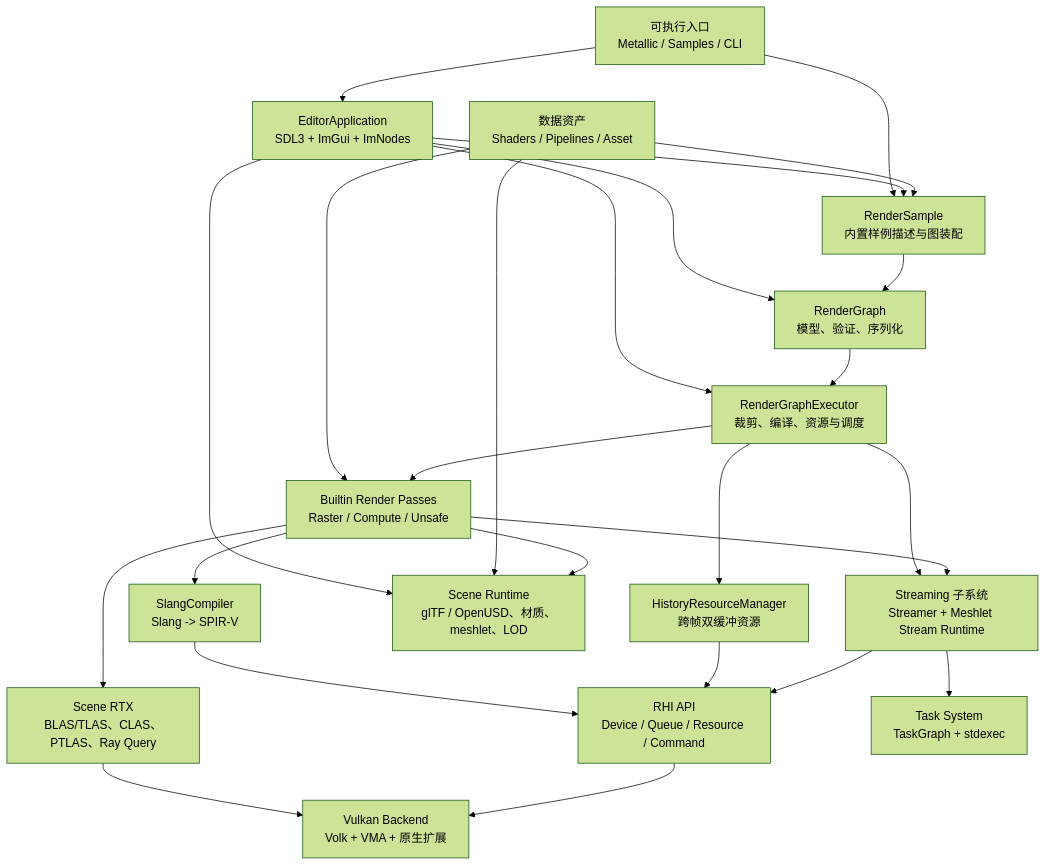
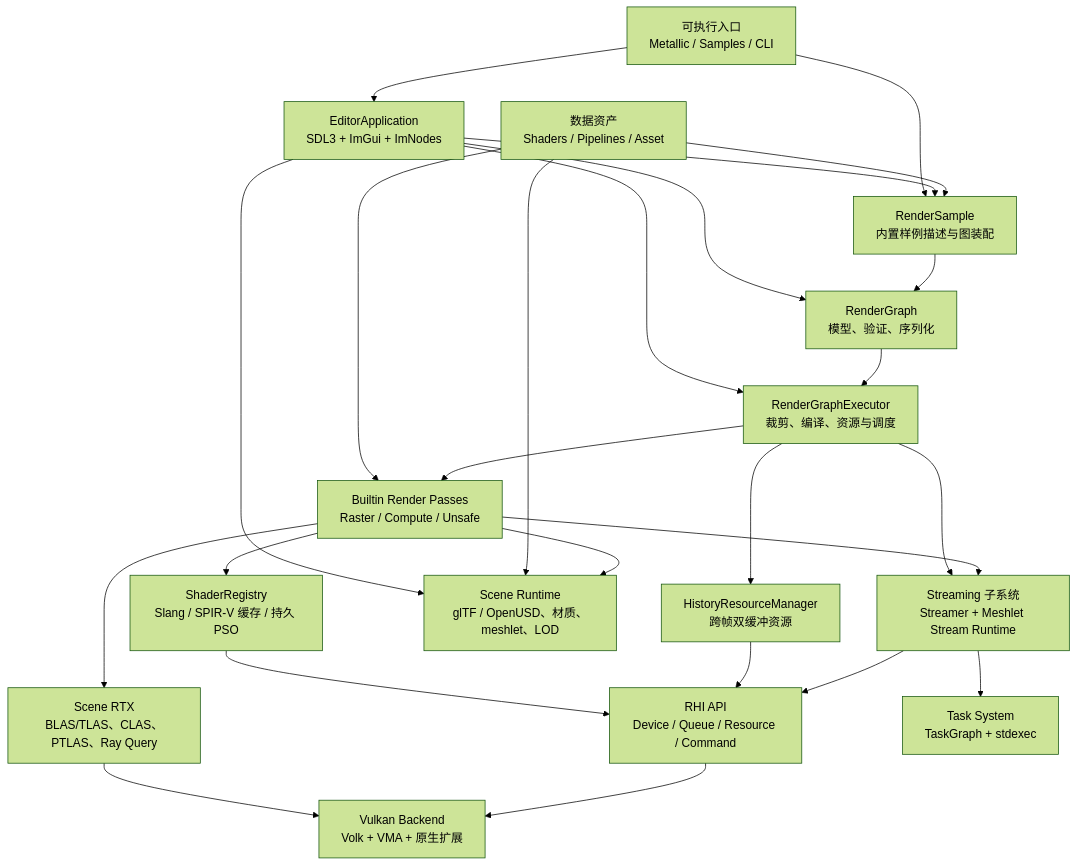
The first of 4 diagrams in Documentation/ProjectArchitecture.md (af8a2a/metallic), drawn with Mermaid (forest theme) before and after one commit. The commit also changed other lines of this file and 63 other files, not shown here.

Commit message:
Route shader and pipeline creation through ShaderRegistry

````diff
--- a/Documentation/ProjectArchitecture.md
+++ b/Documentation/ProjectArchitecture.md
@@ -25,43 +25,43 @@
 ```mermaid
 flowchart TB
     Entry["可执行入口<br/>Metallic / Samples / CLI"]
     Editor["EditorApplication<br/>SDL3 + ImGui + ImNodes"]
     Sample["RenderSample<br/>内置样例描述与图装配"]
     Graph["RenderGraph<br/>模型、验证、序列化"]
     Executor["RenderGraphExecutor<br/>裁剪、编译、资源与调度"]
     Pass["Builtin Render Passes<br/>Raster / Compute / Unsafe"]
     History["HistoryResourceManager<br/>跨帧双缓冲资源"]
     Streaming["Streaming 子系统<br/>Streamer + Meshlet Stream Runtime"]
     Scene["Scene Runtime<br/>glTF / OpenUSD、材质、meshlet、LOD"]
-    Shader["SlangCompiler<br/>Slang -> SPIR-V"]
+    Shader["ShaderRegistry<br/>Slang / SPIR-V 缓存 / 持久 PSO"]
     RHI["RHI API<br/>Device / Queue / Resource / Command"]
     Vulkan["Vulkan Backend<br/>Volk + VMA + 原生扩展"]
     RTX["Scene RTX<br/>BLAS/TLAS、CLAS、PTLAS、Ray Query"]
     Task["Task System<br/>TaskGraph + stdexec"]
     Assets["数据资产<br/>Shaders / Pipelines / Asset"]
 
     Entry --> Editor
     Entry --> Sample
     Editor --> Sample
     Editor --> Graph
     Editor --> Scene
     Editor --> Executor
     Sample --> Graph
     Assets --> Sample
     Assets --> Scene
     Assets --> Pass
     Graph --> Executor
     Executor --> Pass
     Executor --> History
     Executor --> Streaming
     Pass --> Scene
     Pass --> Shader
     Pass --> RTX
     Pass --> Streaming
     Shader --> RHI
     History --> RHI
     Streaming --> RHI
     Streaming --> Task
     RTX --> Vulkan
     RHI --> Vulkan
 ```
````
